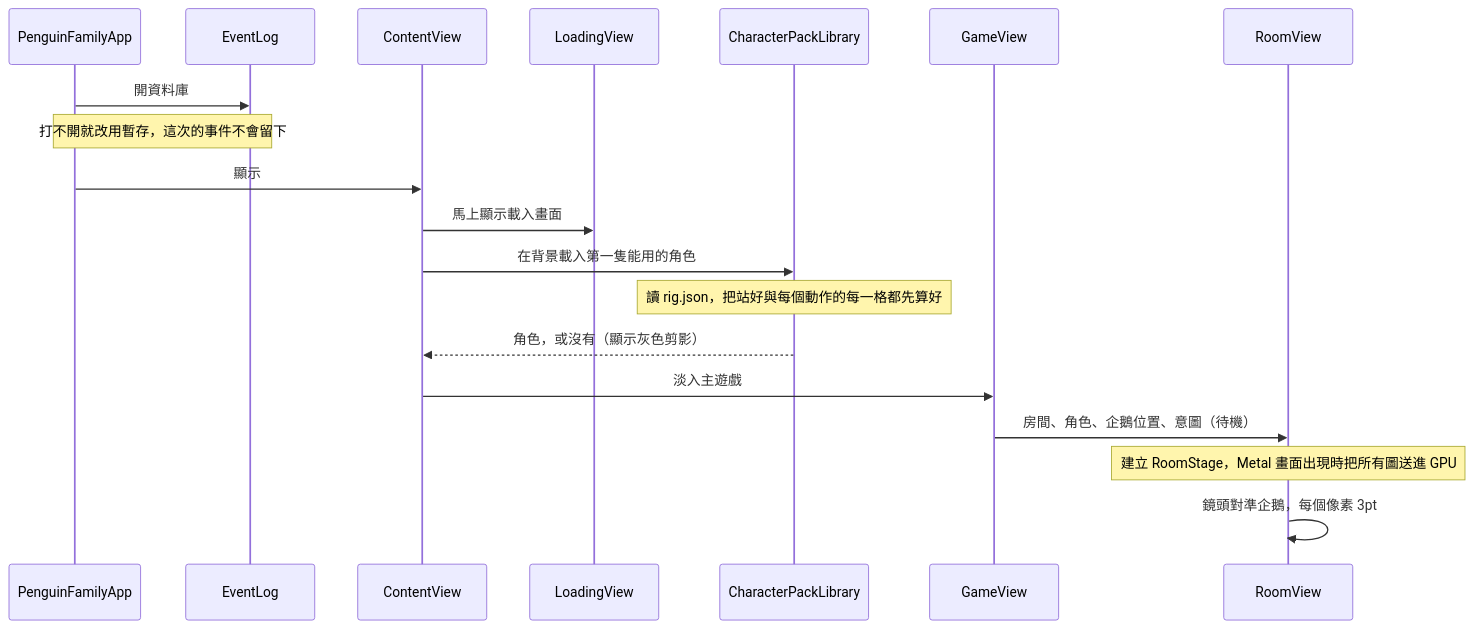
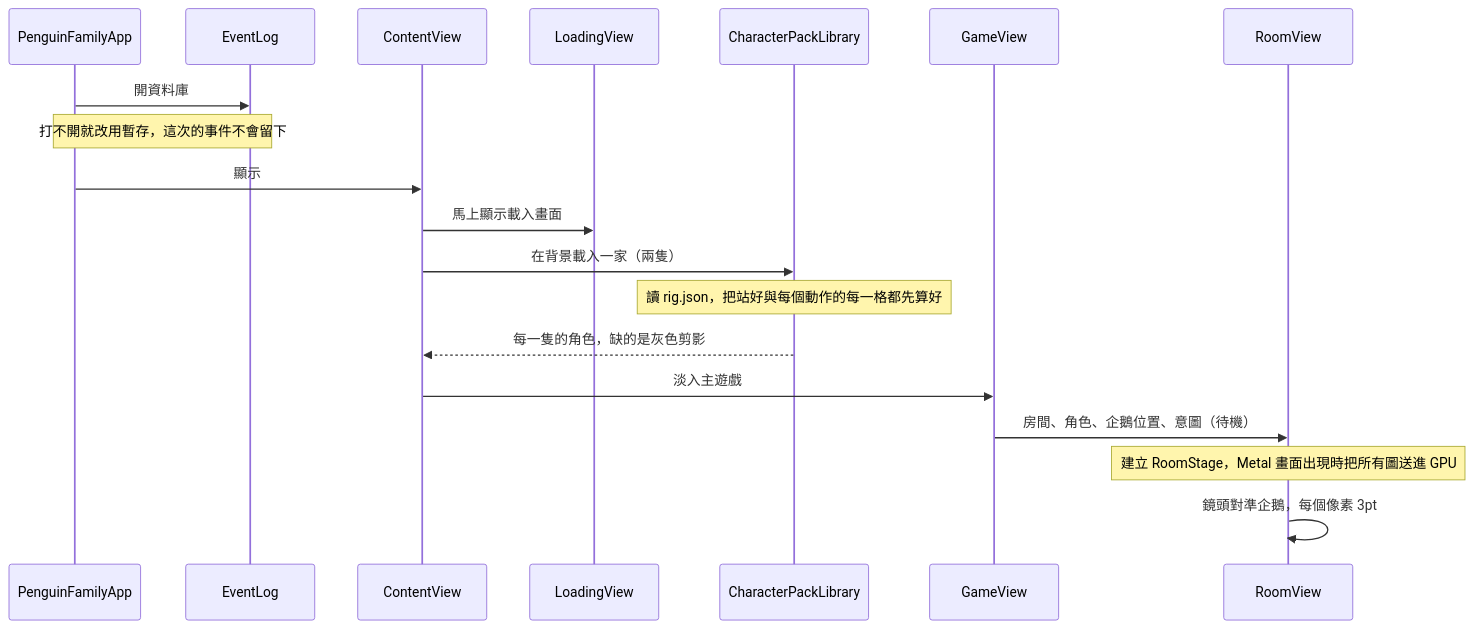
Before and after one commit to CBHeng/penguin-family: the second of 4 diagrams in docs/code-map.md, drawn with Mermaid. The commit also changed other lines of this file and 13 other files, not shown here.

````diff
--- a/docs/code-map.md
+++ b/docs/code-map.md
@@ -162,22 +162,22 @@
 ```mermaid
 sequenceDiagram
     participant App as PenguinFamilyApp
     participant Log as EventLog
     participant CV as ContentView
     participant LV as LoadingView
     participant Lib as CharacterPackLibrary
     participant GV as GameView
     participant RV as RoomView
 
     App->>Log: 開資料庫
     Note over App,Log: 打不開就改用暫存，這次的事件不會留下
     App->>CV: 顯示
     CV->>LV: 馬上顯示載入畫面
-    CV->>Lib: 在背景載入第一隻能用的角色
+    CV->>Lib: 在背景載入一家（兩隻）
     Note over Lib: 讀 rig.json，把站好與每個動作的每一格都先算好
-    Lib-->>CV: 角色，或沒有（顯示灰色剪影）
+    Lib-->>CV: 每一隻的角色，缺的是灰色剪影
     CV->>GV: 淡入主遊戲
     GV->>RV: 房間、角色、企鵝位置、意圖（待機）
     Note over RV: 建立 RoomStage，Metal 畫面出現時把所有圖送進 GPU
     RV->>RV: 鏡頭對準企鵝，每個像素 3pt
 ```
````
